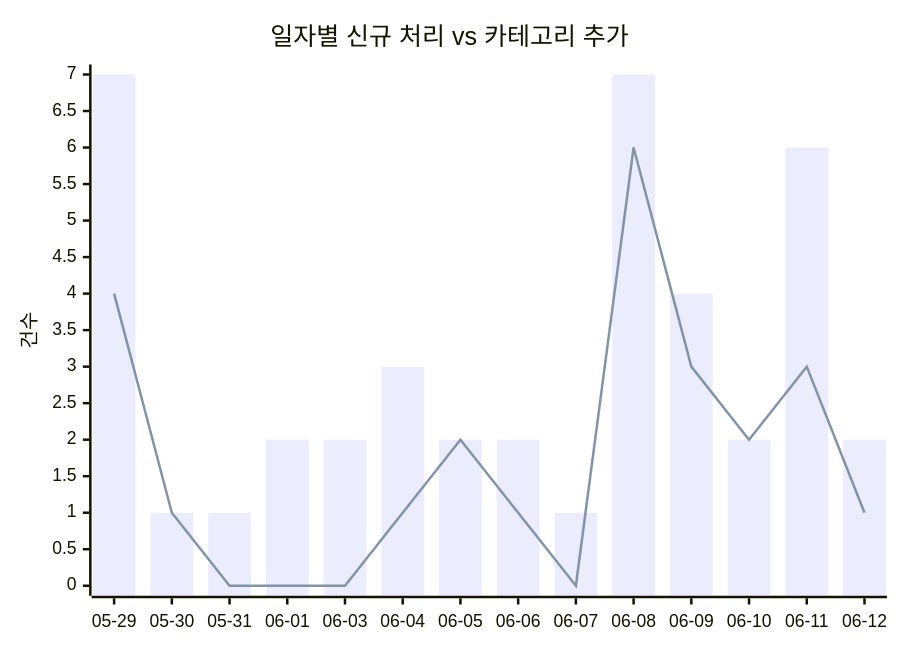
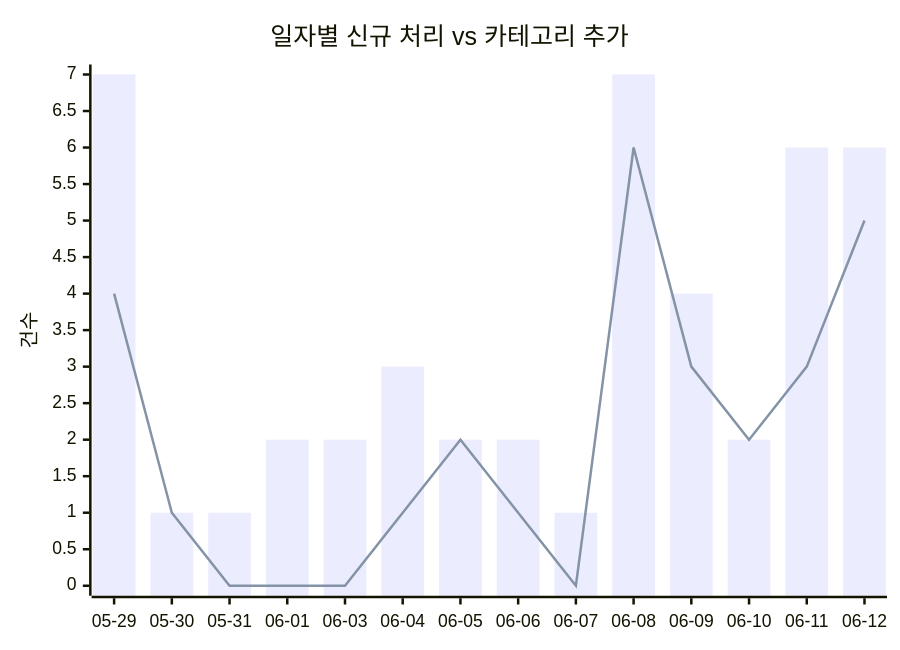
Before and after one commit to J-nowcow/awesome-korean-agent-skills: the first of 2 diagrams in docs/trends.md, drawn with Mermaid. The commit also changed other lines of this file and 6 other files, not shown here.

````diff
--- a/docs/trends.md
+++ b/docs/trends.md
@@ -32,8 +32,8 @@
 ```mermaid
 xychart-beta
     title "일자별 신규 처리 vs 카테고리 추가"
     x-axis ["05-29","05-30","05-31","06-01","06-03","06-04","06-05","06-06","06-07","06-08","06-09","06-10","06-11","06-12"]
     y-axis "건수"
-    bar [7,1,1,2,2,3,2,2,1,7,4,2,6,2]
-    line [4,1,0,0,0,1,2,1,0,6,3,2,3,1]
+    bar [7,1,1,2,2,3,2,2,1,7,4,2,6,6]
+    line [4,1,0,0,0,1,2,1,0,6,3,2,3,5]
 ```
````
